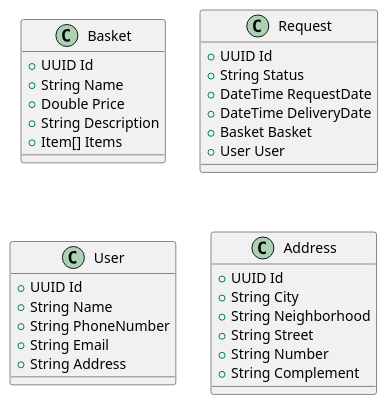
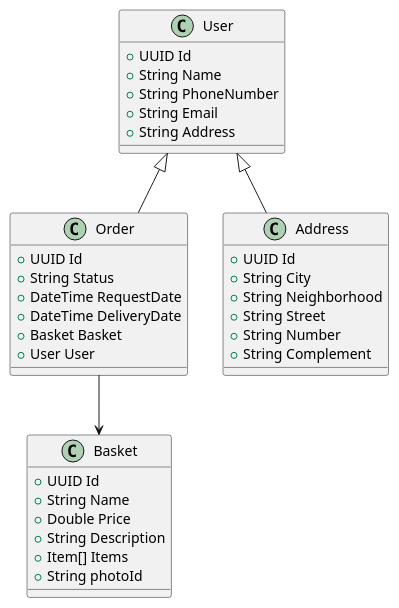
Before and after one commit to lilicrst-g/amora_api: the diagram in classdiagram.plantuml, drawn with PlantUML. The commit also changed 1 other file, not shown here.

Commit message:
Edição Diagrama UML

```diff
--- a/classdiagram.plantuml
+++ b/classdiagram.plantuml
@@ -1,37 +1,43 @@
 @startuml System
     class Basket {
         +UUID Id
         +String Name
         +Double Price
         +String Description
         +Item[] Items
+        +String photoId
+        
     }
 
-    class Request {
+    class Order {
         +UUID Id
         +String Status
         +DateTime RequestDate
         +DateTime DeliveryDate
         +Basket Basket
         +User User
     }
 
     class User {
         +UUID Id
         +String Name
         +String PhoneNumber
         +String Email
         +String Address
     }
 
     class Address {
         +UUID Id
         +String City
         +String Neighborhood
         +String Street
         +String Number
         +String Complement  
 
     }
 
+    User <|-- Address
+    Order --> Basket
+    User <|-- Order
+
 @enduml
```
